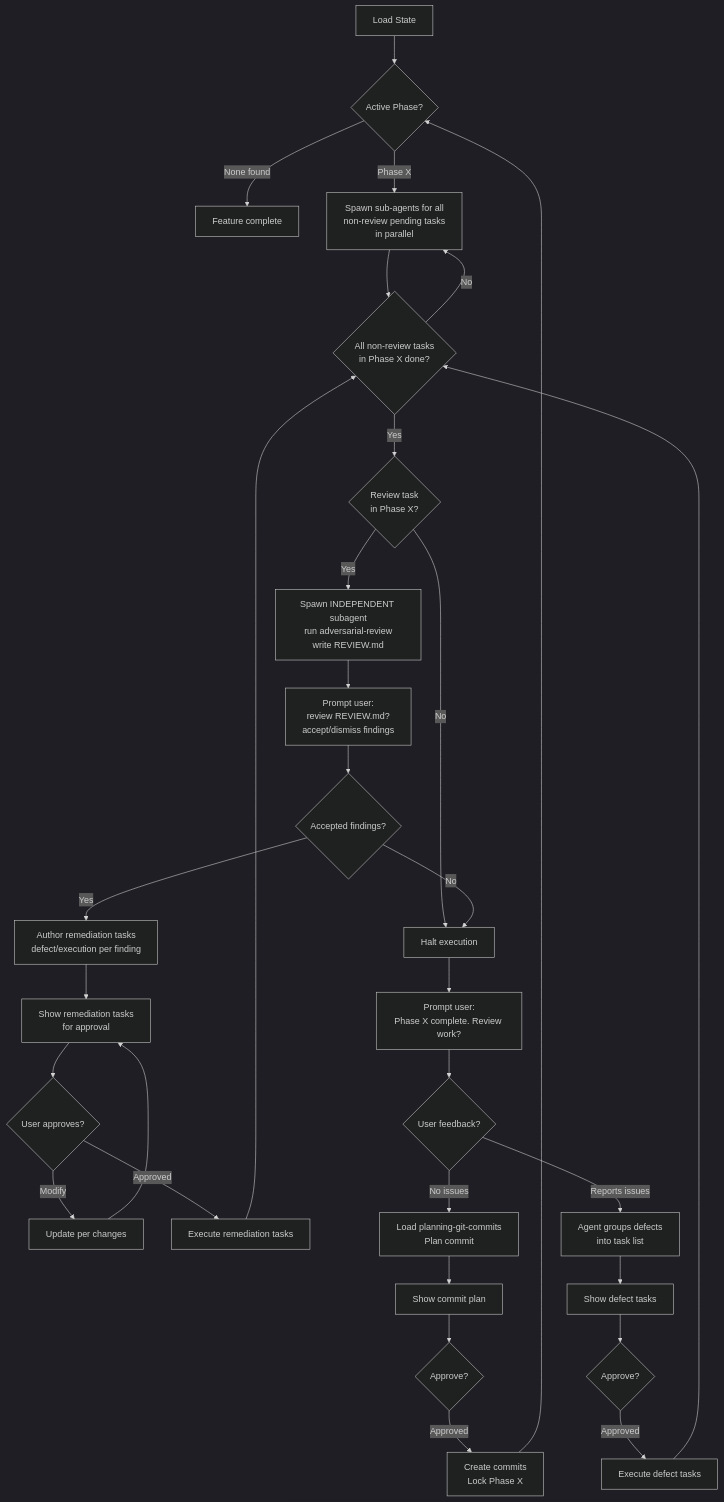
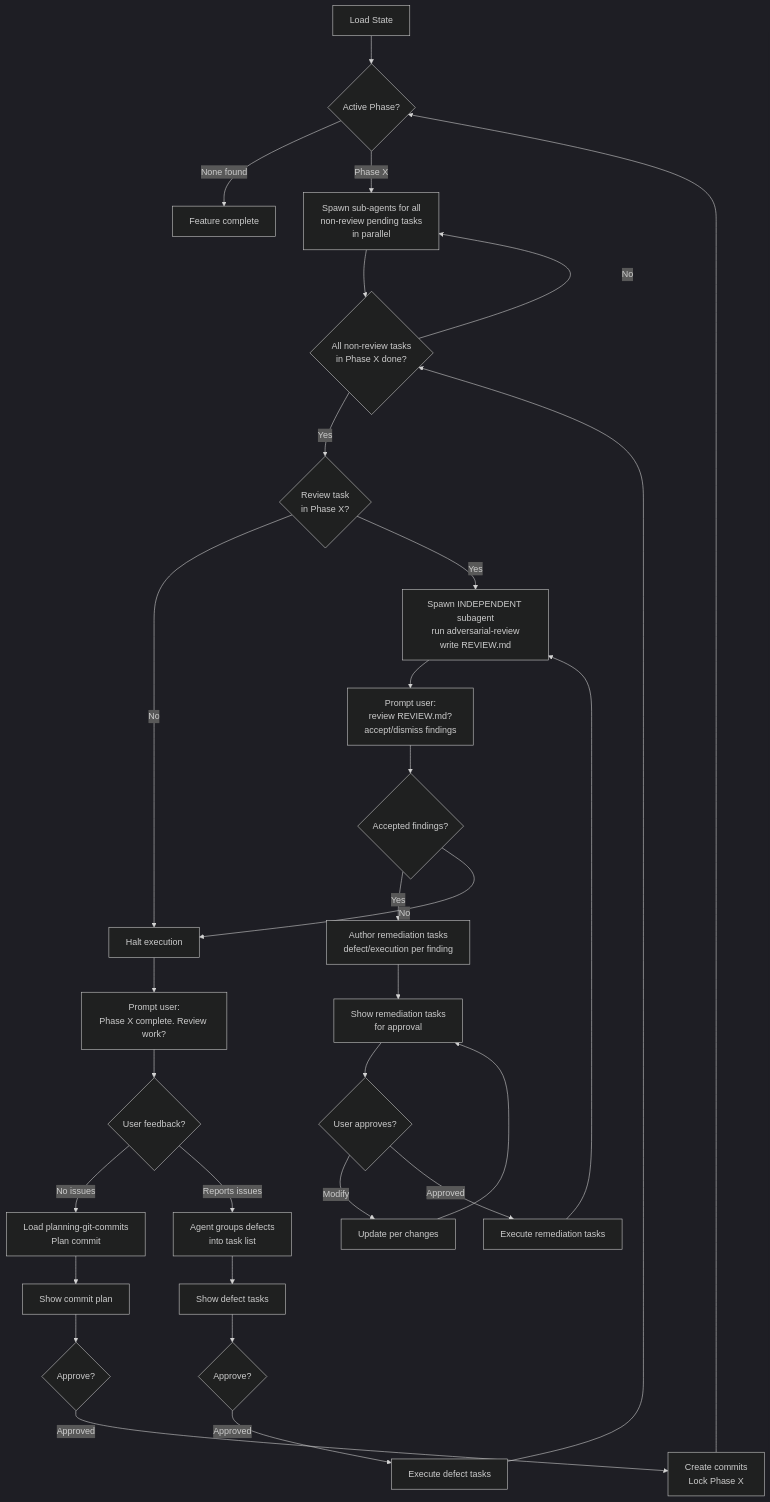
Before and after one commit to DanielMontilla/skills: the diagram in .agents/skills/executing-feature-spec/SKILL.md, drawn with Mermaid (dark theme). The commit also changed other lines of this file and 2 other files, not shown here.

Commit message:
fix(executing-feature-spec): re-run adversarial review after remediation, validate spec, fix defect scanning

````diff
--- a/.agents/skills/executing-feature-spec/SKILL.md
+++ b/.agents/skills/executing-feature-spec/SKILL.md
@@ -25,34 +26,34 @@
 ```mermaid
 flowchart TD
     A[Load State] --> B{Active Phase?}
-    B -->|None found| END[Feature complete]
+    B -->|None found| DONE[Feature complete]
     B -->|Phase X| C[Spawn sub-agents for all<br>non-review pending tasks<br>in parallel]
     C --> D{All non-review tasks<br>in Phase X done?}
     D -->|No| C
     D -->|Yes| CX{Review task<br>in Phase X?}
     CX -->|No| E[Halt execution]
     CX -->|Yes| RX[Spawn INDEPENDENT subagent<br>run adversarial-review<br>write REVIEW.md]
     RX --> RY[Prompt user:<br>review REVIEW.md?<br>accept/dismiss findings]
     RY --> RZ{Accepted findings?}
     RZ -->|Yes| I[Author remediation tasks<br>defect/execution per finding]
     I --> J[Show remediation tasks<br>for approval]
     J --> K{User approves?}
     K -->|Modify| L[Update per changes]
     L --> J
     K -->|Approved| M[Execute remediation tasks]
-    M --> D
+    M --> RX
     RZ -->|No| E
     E --> F[Prompt user:<br>Phase X complete. Review work?]
     F --> G{User feedback?}
     G -->|No issues| H[Load planning-git-commits<br>Plan commit]
     G -->|Reports issues| I2[Agent groups defects<br>into task list]
     I2 --> J2[Show defect tasks]
     J2 --> K2{Approve?}
     K2 -->|Approved| M2[Execute defect tasks]
     M2 --> D
     H --> N[Show commit plan]
     N --> O{Approve?}
     O -->|Approved| Q[Create commits<br>Lock Phase X]
     Q --> B
-    END
+    DONE
 ```
````
